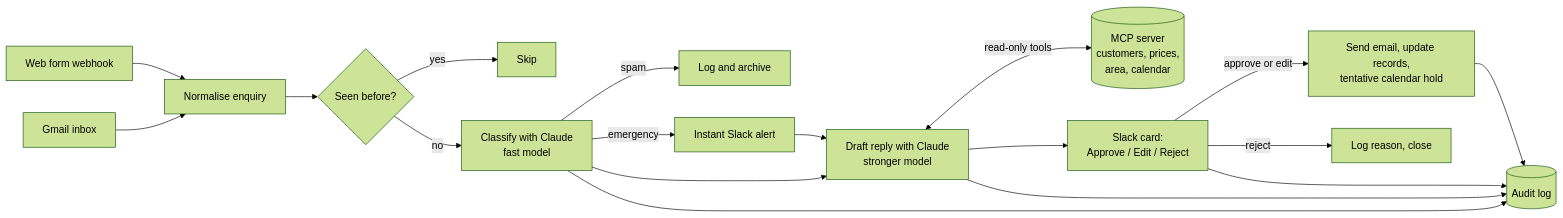
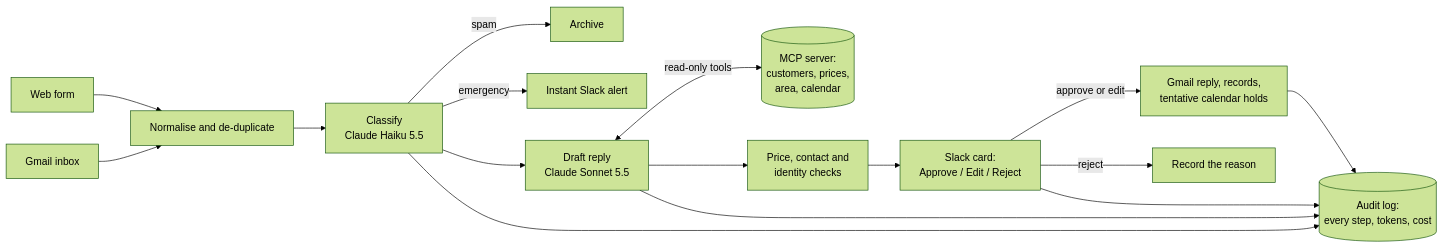
The diagram in README.md (Raynor1511/ai-enquiry-agent), drawn with Mermaid (forest theme) before and after one commit. The commit also changed other lines of this file and 5 other files, not shown here.

````diff
--- a/README.md
+++ b/README.md
@@ -9,17 +35,15 @@
 ```mermaid
 flowchart LR
-    A[Web form webhook] --> N[Normalise enquiry]
+    A[Web form] --> N[Normalise and de-duplicate]
     B[Gmail inbox] --> N
-    N --> D{Seen before?}
-    D -- yes --> X[Skip]
-    D -- no --> C[Classify with Claude<br/>fast model]
-    C -- spam --> S[Log and archive]
+    N --> C[Classify<br/>Claude Haiku 5.5]
+    C -- spam --> S[Archive]
     C -- emergency --> E[Instant Slack alert]
-    C --> G[Draft reply with Claude<br/>stronger model]
-    E --> G
-    G <-->|read-only tools| M[(MCP server<br/>customers, prices,<br/>area, calendar)]
-    G --> P[Slack card:<br/>Approve / Edit / Reject]
-    P -- approve or edit --> O[Send email, update records,<br/>tentative calendar hold]
-    P -- reject --> R[Log reason, close]
-    C & G & P & O --> L[(Audit log)]
+    C --> G[Draft reply<br/>Claude Sonnet 5.5]
+    G <-->|read-only tools| M[(MCP server:<br/>customers, prices,<br/>area, calendar)]
+    G --> K[Price, contact and<br/>identity checks]
+    K --> P[Slack card:<br/>Approve / Edit / Reject]
+    P -- approve or edit --> O[Gmail reply, records,<br/>tentative calendar holds]
+    P -- reject --> R[Record the reason]
+    C & G & P & O --> L[(Audit log:<br/>every step, tokens, cost)]
 ```
````
